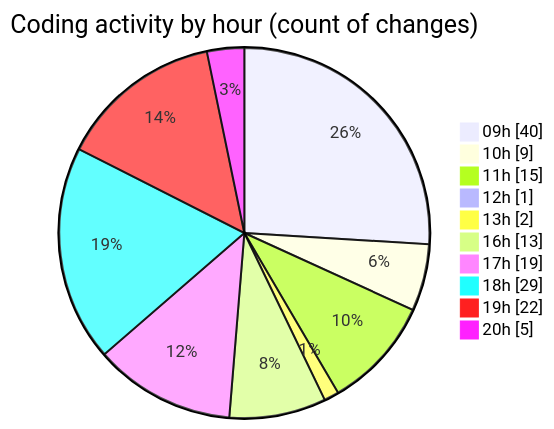
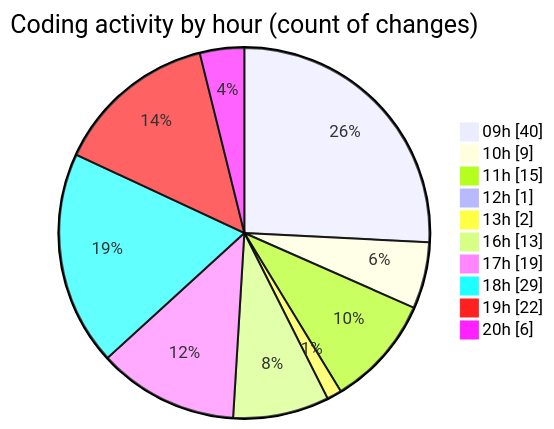
One commit to momahboobian/code-tracking changed the second of 2 diagrams in 2026-06-15/cda/README.md. Above: the diagram before and after it, drawn with Mermaid. The commit also changed other lines of this file and 1 other file, not shown here.

````diff
--- a/2026-06-15/cda/README.md
+++ b/2026-06-15/cda/README.md
@@ -81,14 +81,14 @@
 ```mermaid
 pie showData
 title Coding activity by hour (count of changes)
 "09h" : 40
 "10h" : 9
 "11h" : 15
 "12h" : 1
 "13h" : 2
 "16h" : 13
 "17h" : 19
 "18h" : 29
 "19h" : 22
-"20h" : 5
+"20h" : 6
 ```
````
